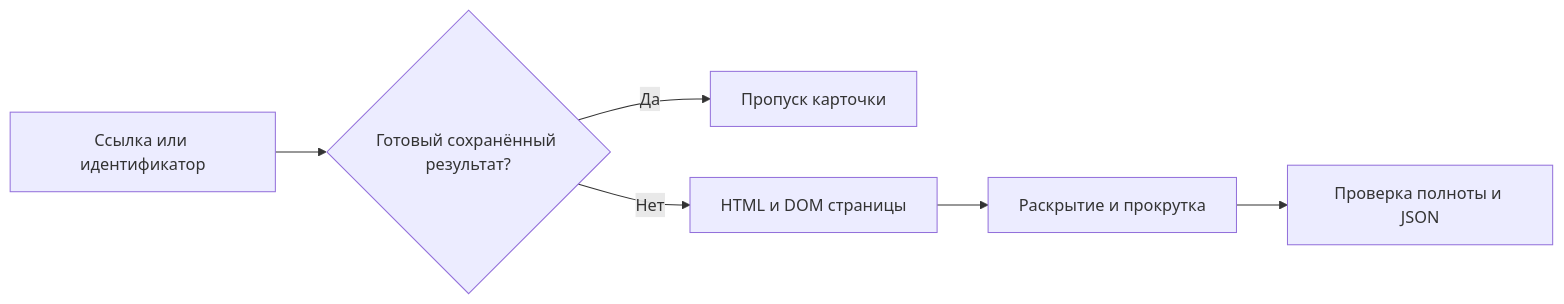
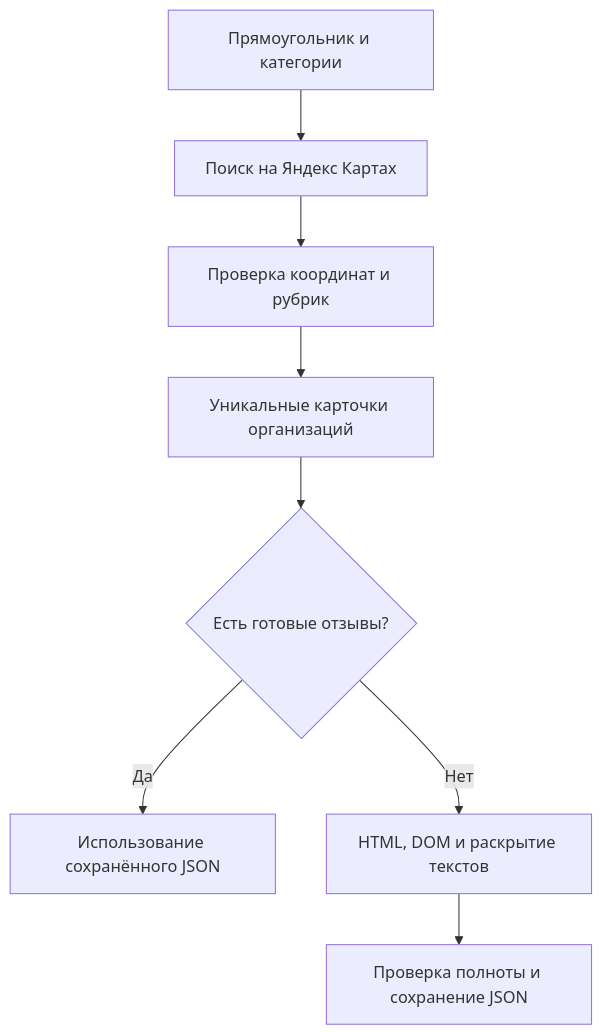
One commit to Alexandre77777/yandex-maps-reviews changed the diagram in README.md. Above: the diagram before and after it, drawn with Mermaid. The commit also changed other lines of this file and 9 other files, not shown here.

Commit message:
Добавлен поиск организаций по территории и категориям

````diff
--- a/README.md
+++ b/README.md
@@ -88,8 +171,10 @@
 ```mermaid
-flowchart LR
-    A[Ссылка или идентификатор] --> B{Готовый сохранённый результат?}
-    B -->|Да| C[Пропуск карточки]
-    B -->|Нет| D[HTML и DOM страницы]
-    D --> E[Раскрытие и прокрутка]
-    E --> F[Проверка полноты и JSON]
+flowchart TD
+    A[Прямоугольник и категории] --> B[Поиск на Яндекс Картах]
+    B --> C[Проверка координат и рубрик]
+    C --> D[Уникальные карточки организаций]
+    D --> E{Есть готовые отзывы?}
+    E -->|Да| F[Использование сохранённого JSON]
+    E -->|Нет| G[HTML, DOM и раскрытие текстов]
+    G --> H[Проверка полноты и сохранение JSON]
 ```
````
